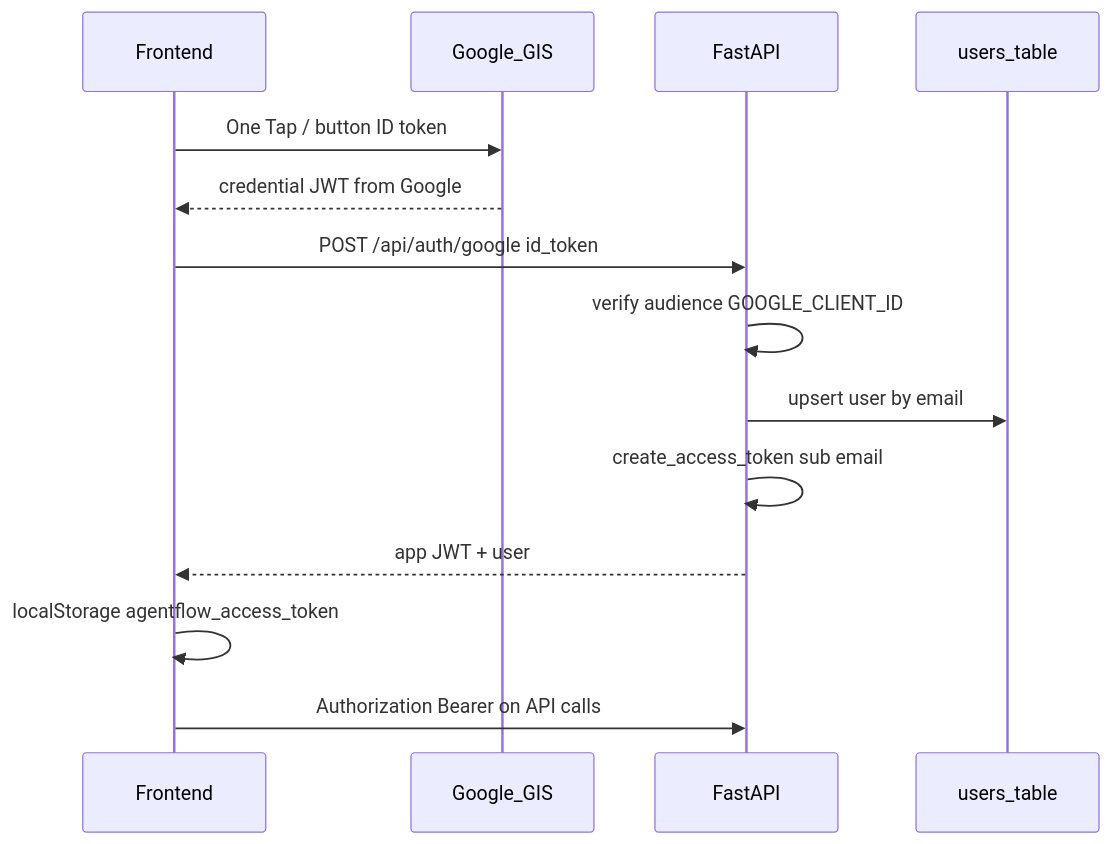
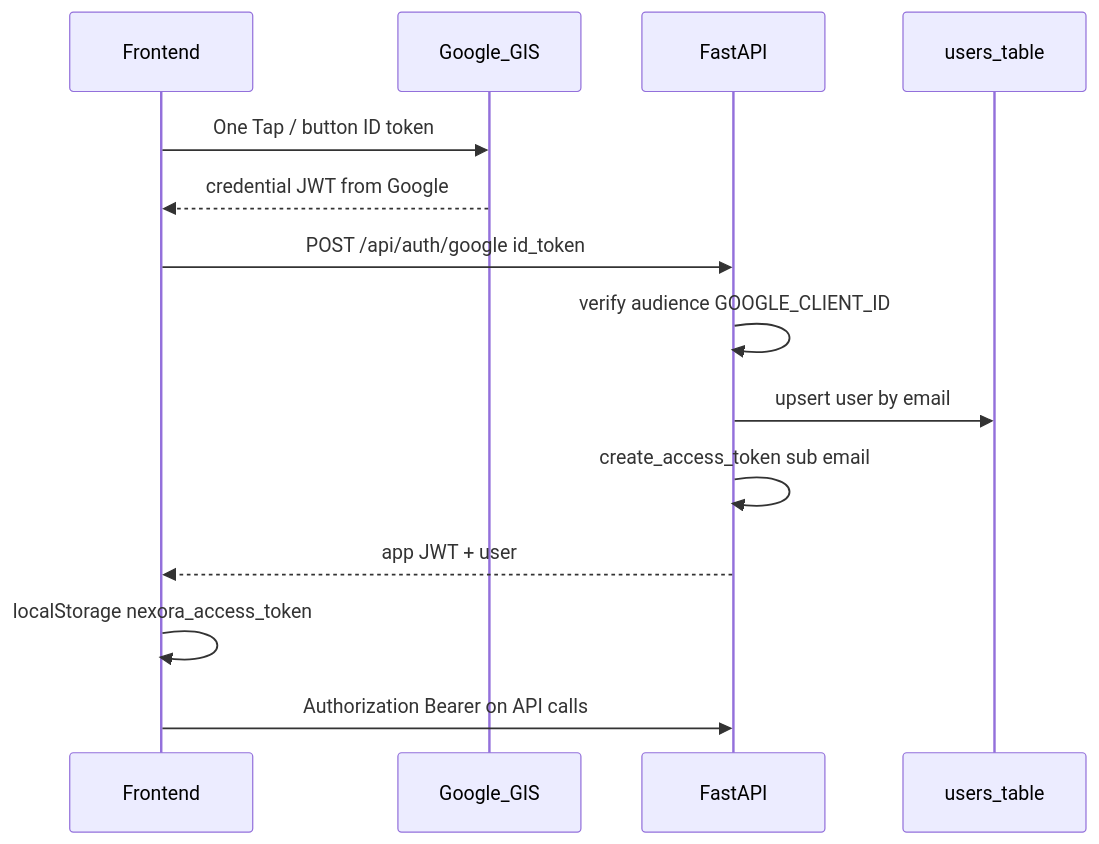
Before and after one commit to DeadPixel27/agentflow: the sixth of 7 diagrams in docs/ARCHITECTURE.md, drawn with Mermaid. The commit also changed other lines of this file and 77 other files, not shown here.

````diff
--- a/docs/ARCHITECTURE.md
+++ b/docs/ARCHITECTURE.md
@@ -480,17 +483,17 @@
 ```mermaid
 sequenceDiagram
   participant FE as Frontend
   participant GIS as Google_GIS
   participant API as FastAPI
   participant DB as users_table
 
   FE->>GIS: One Tap / button ID token
   GIS-->>FE: credential JWT from Google
   FE->>API: POST /api/auth/google id_token
   API->>API: verify audience GOOGLE_CLIENT_ID
   API->>DB: upsert user by email
   API->>API: create_access_token sub email
   API-->>FE: app JWT + user
-  FE->>FE: localStorage agentflow_access_token
+  FE->>FE: localStorage nexora_access_token
   FE->>API: Authorization Bearer on API calls
 ```
````
